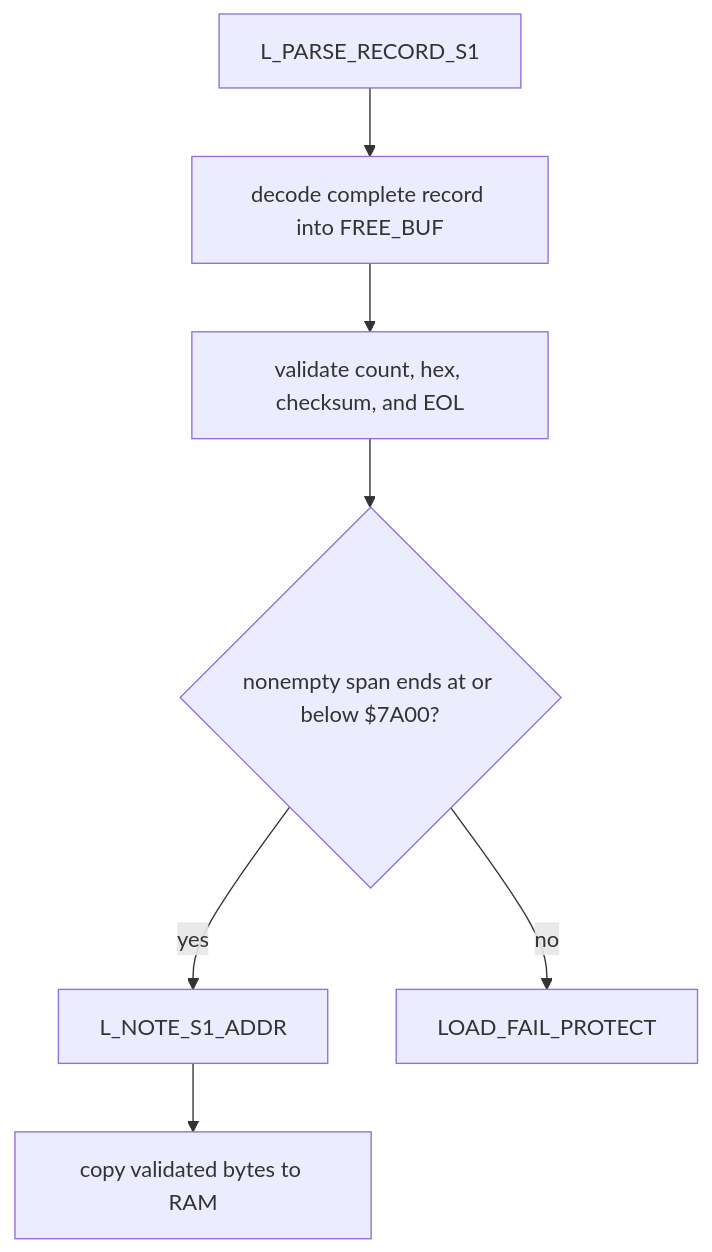
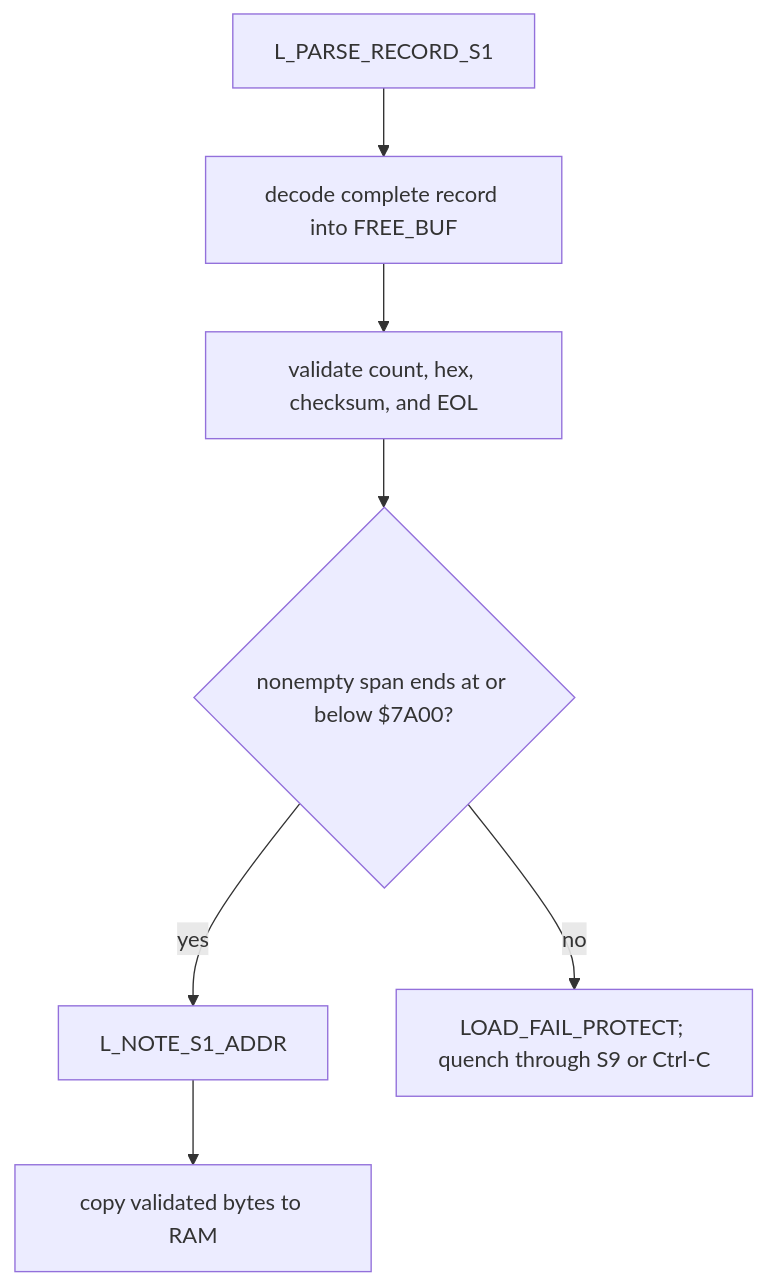
Before and after one commit to 95westus/R-YORS: diagram 12 of 19 in DOC/GUIDES/HIMON/HIMON_MAP.md, drawn with Mermaid. The commit also changed other lines of this file and 7 other files, not shown here.

````diff
--- a/DOC/GUIDES/HIMON/HIMON_MAP.md
+++ b/DOC/GUIDES/HIMON/HIMON_MAP.md
@@ -226,9 +230,9 @@
 ```mermaid
 flowchart TD
     S1[L_PARSE_RECORD_S1] --> DECODE[decode complete record into FREE_BUF]
     DECODE --> CHECK[validate count, hex, checksum, and EOL]
     CHECK --> SPAN{nonempty span ends at or below $7A00?}
     SPAN -->|yes| NOTE[L_NOTE_S1_ADDR]
     NOTE --> RAMWRITE[copy validated bytes to RAM]
-    SPAN -->|no| RAMPROTECT[LOAD_FAIL_PROTECT]
+    SPAN -->|no| RAMPROTECT[LOAD_FAIL_PROTECT; quench through S9 or Ctrl-C]
 ```
````
